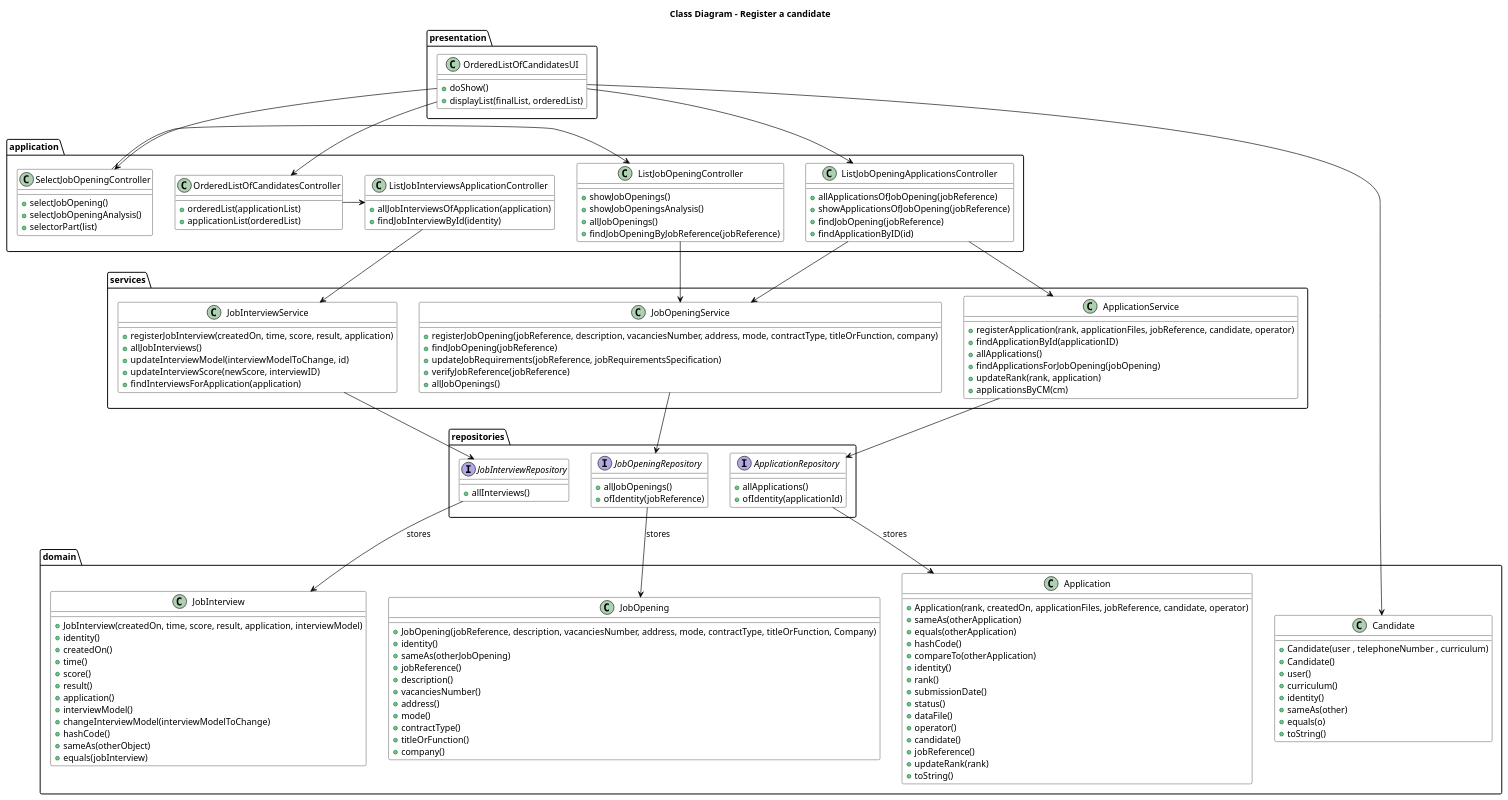
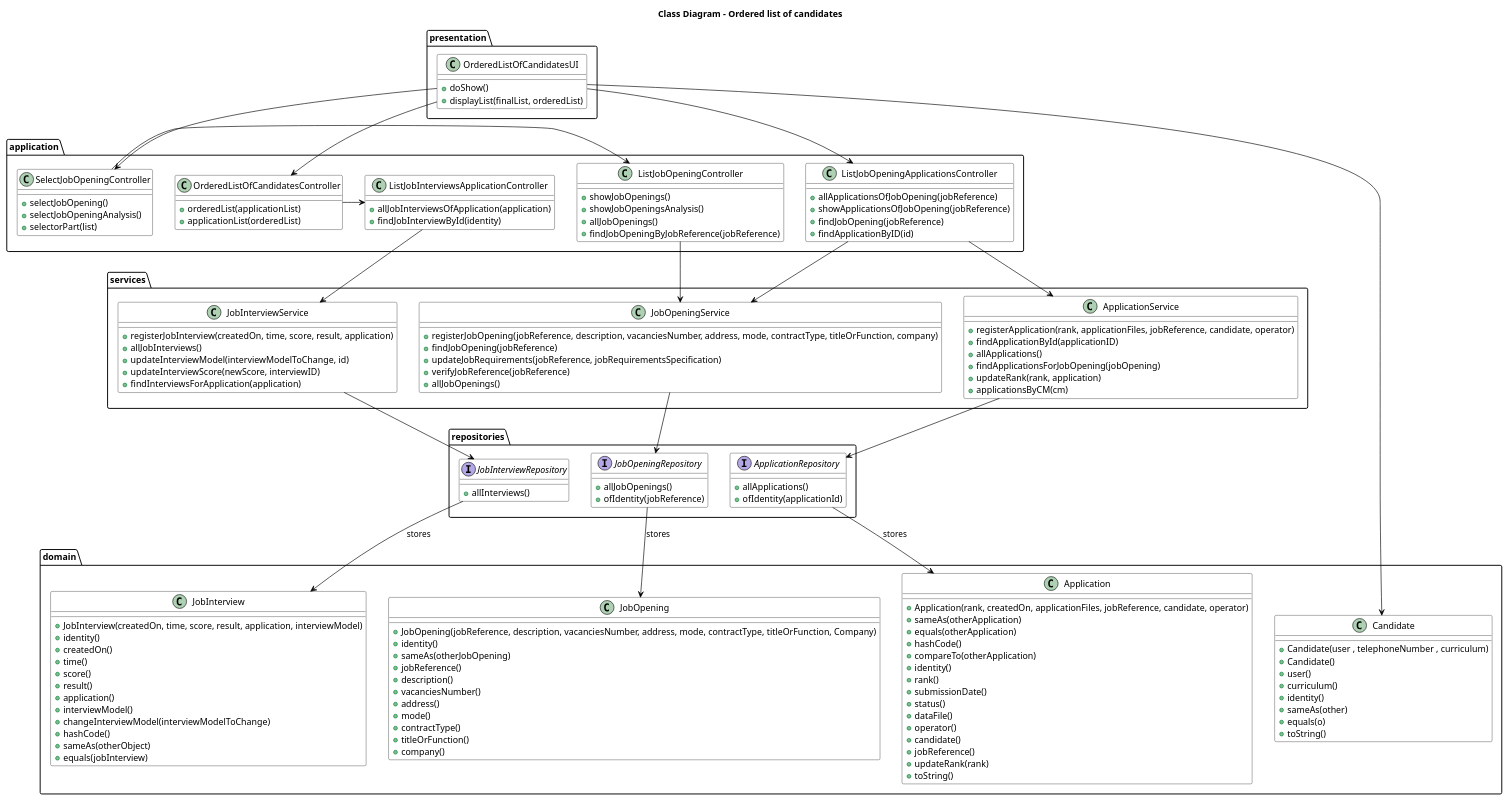
The diagram in docs/SprintC/ordered-list-of-candidates/class-diagram.puml (MiguelCardoso77/LAPR4), drawn with PlantUML before and after one commit. The commit also changed 3 other files, not shown here.

```diff
--- a/docs/SprintC/ordered-list-of-candidates/class-diagram.puml
+++ b/docs/SprintC/ordered-list-of-candidates/class-diagram.puml
@@ -1,182 +1,182 @@
 @startuml
 skinparam class {
     BackgroundColor White
     ArrowColor Black
     BorderColor Black
     FontColor Black
     FontSize 14
 }
 
-Title "Class Diagram - Register a candidate"
+Title "Class Diagram - Ordered list of candidates"
 
 package "presentation" {
     class OrderedListOfCandidatesUI {
         + doShow()
         + displayList(finalList, orderedList)
     }
 }
 
 package "application" {
     class OrderedListOfCandidatesController {
         + orderedList(applicationList)
         + applicationList(orderedList)
     }
 
     class SelectJobOpeningController {
         + selectJobOpening()
         + selectJobOpeningAnalysis()
         + selectorPart(list)
     }
 
     class ListJobOpeningApplicationsController {
         + allApplicationsOfJobOpening(jobReference)
         + showApplicationsOfJobOpening(jobReference)
         + findJobOpening(jobReference)
         + findApplicationByID(id)
     }
 
     class ListJobInterviewsApplicationController {
         + allJobInterviewsOfApplication(application)
         + findJobInterviewById(identity)
     }
 
 
     class ListJobOpeningController{
     + showJobOpenings()
     + showJobOpeningsAnalysis()
     + allJobOpenings()
     + findJobOpeningByJobReference(jobReference)
 
     }
 }
 
 
 package "services" {
     class ApplicationService {
         + registerApplication(rank, applicationFiles, jobReference, candidate, operator)
         + findApplicationById(applicationID)
         + allApplications()
         + findApplicationsForJobOpening(jobOpening)
         + updateRank(rank, application)
         + applicationsByCM(cm)
     }
 
     class JobOpeningService {
         + registerJobOpening(jobReference, description, vacanciesNumber, address, mode, contractType, titleOrFunction, company)
         + findJobOpening(jobReference)
         + updateJobRequirements(jobReference, jobRequirementsSpecification)
         + verifyJobReference(jobReference)
         + allJobOpenings()
     }
 
     class JobInterviewService {
         + registerJobInterview(createdOn, time, score, result, application)
         + allJobInterviews()
         + updateInterviewModel(interviewModelToChange, id)
         + updateInterviewScore(newScore, interviewID)
         + findInterviewsForApplication(application)
     }
 
 }
 
 package "repositories" {
     interface ApplicationRepository {
         + allApplications()
         + ofIdentity(applicationId)
     }
 
     interface JobOpeningRepository {
         + allJobOpenings()
         + ofIdentity(jobReference)
     }
 
     interface JobInterviewRepository {
         + allInterviews()
     }
 }
 
 package "domain" {
     class Application {
         + Application(rank, createdOn, applicationFiles, jobReference, candidate, operator)
         + sameAs(otherApplication)
         + equals(otherApplication)
         + hashCode()
         + compareTo(otherApplication)
         + identity()
         + rank()
         + submissionDate()
         + status()
         + dataFile()
         + operator()
         + candidate()
         + jobReference()
         + updateRank(rank)
         + toString()
     }
 
     class JobOpening {
         + JobOpening(jobReference, description, vacanciesNumber, address, mode, contractType, titleOrFunction, Company)
         + identity()
         + sameAs(otherJobOpening)
         + jobReference()
         + description()
         + vacanciesNumber()
         + address()
         + mode()
         + contractType()
         + titleOrFunction()
         + company()
     }
 
     class JobInterview {
         + JobInterview(createdOn, time, score, result, application, interviewModel)
         + identity()
         + createdOn()
         + time()
         + score()
         + result()
         + application()
         + interviewModel()
         + changeInterviewModel(interviewModelToChange)
         + hashCode()
         + sameAs(otherObject)
         + equals(jobInterview)
     }
 
     class Candidate {
         + Candidate(user , telephoneNumber , curriculum)
         + Candidate()
         + user()
         + curriculum()
         + identity()
         + sameAs(other)
         + equals(o)
         + toString()
 
     }
 }
 
 OrderedListOfCandidatesUI --> OrderedListOfCandidatesController
 OrderedListOfCandidatesUI --> SelectJobOpeningController
 OrderedListOfCandidatesUI --> ListJobOpeningApplicationsController
 
 OrderedListOfCandidatesUI ---> Candidate
 
 SelectJobOpeningController -> ListJobOpeningController
 
 OrderedListOfCandidatesController ->ListJobInterviewsApplicationController
 
 ListJobInterviewsApplicationController --> JobInterviewService
 ListJobOpeningApplicationsController --> JobOpeningService
 ListJobOpeningApplicationsController --> ApplicationService
 ListJobOpeningController -> JobOpeningService
 
 ApplicationService --> ApplicationRepository
 JobOpeningService --> JobOpeningRepository
 JobInterviewService --> JobInterviewRepository
 
 ApplicationRepository --> Application : stores
 JobOpeningRepository --> JobOpening : stores
 JobInterviewRepository --> JobInterview : stores
 
 @enduml
```
